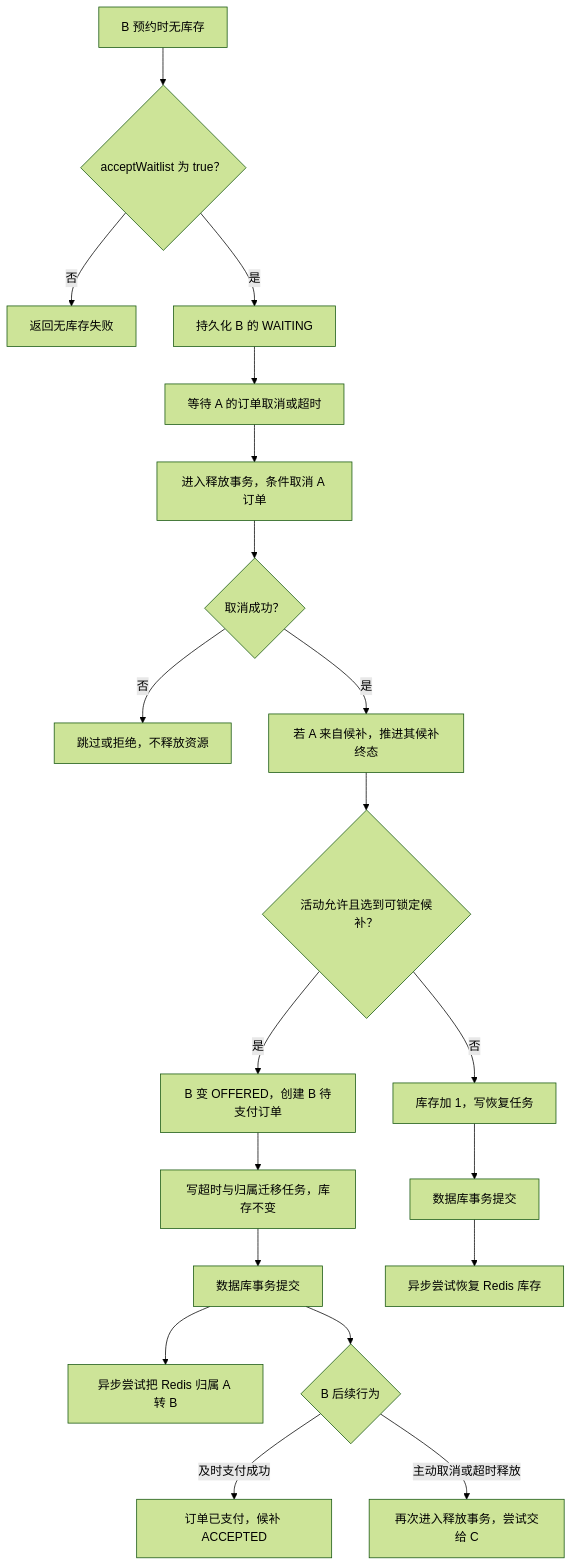
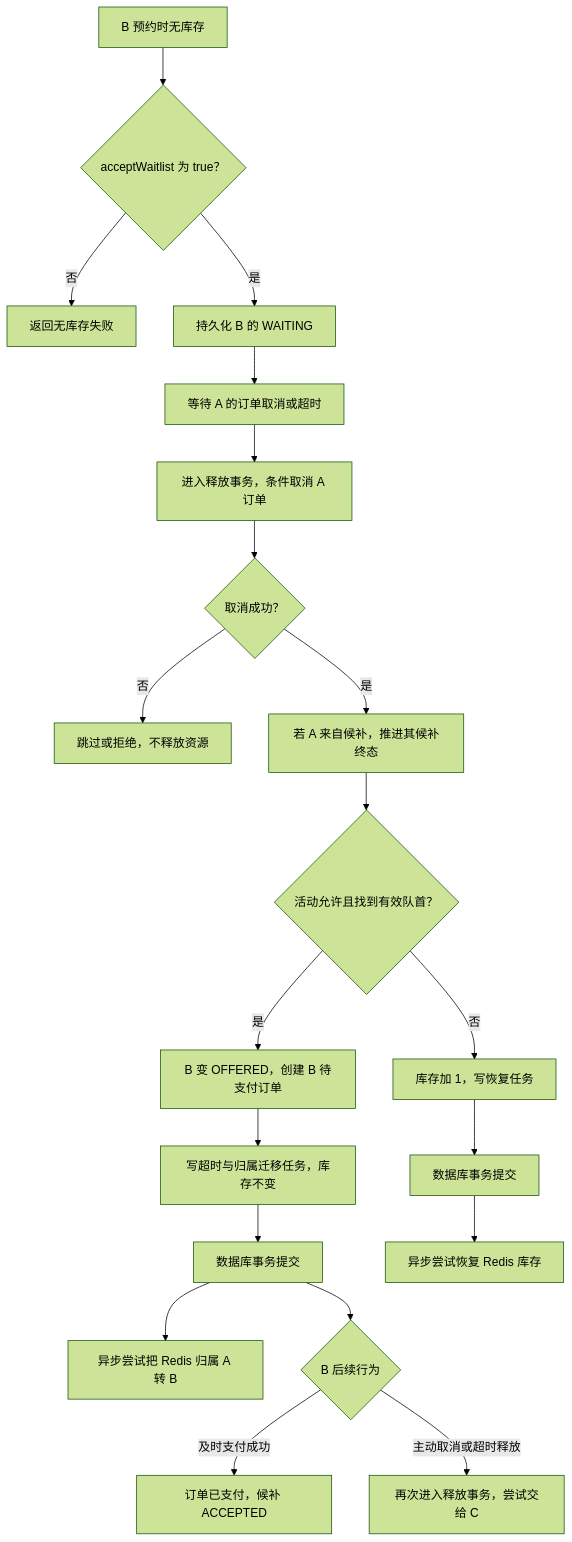
One commit to SyH-101/citypass-platform changed the tenth of 11 diagrams in 03-候补调度与资源交接.md. Above: the diagram before and after it, drawn with Mermaid (forest theme). The commit also changed other lines of this file and 1 other file, not shown here.

````diff
--- a/03-候补调度与资源交接.md
+++ b/03-候补调度与资源交接.md
@@ -1044,22 +1087,22 @@
 ```mermaid
 flowchart TD
     A["B 预约时无库存"] --> B{"acceptWaitlist 为 true？"}
     B -->|否| C["返回无库存失败"]
     B -->|是| D["持久化 B 的 WAITING"]
     D --> E["等待 A 的订单取消或超时"]
     E --> F["进入释放事务，条件取消 A 订单"]
     F --> G{"取消成功？"}
     G -->|否| H["跳过或拒绝，不释放资源"]
     G -->|是| I["若 A 来自候补，推进其候补终态"]
-    I --> J{"活动允许且选到可锁定候补？"}
+    I --> J{"活动允许且找到有效队首？"}
     J -->|否| K["库存加 1，写恢复任务"]
     J -->|是| L["B 变 OFFERED，创建 B 待支付订单"]
     L --> M["写超时与归属迁移任务，库存不变"]
     M --> N["数据库事务提交"]
     K --> O["数据库事务提交"]
     O --> P["异步尝试恢复 Redis 库存"]
     N --> Q["异步尝试把 Redis 归属 A 转 B"]
     N --> R{"B 后续行为"}
     R -->|及时支付成功| S["订单已支付，候补 ACCEPTED"]
     R -->|主动取消或超时释放| T["再次进入释放事务，尝试交给 C"]
 ```
````
